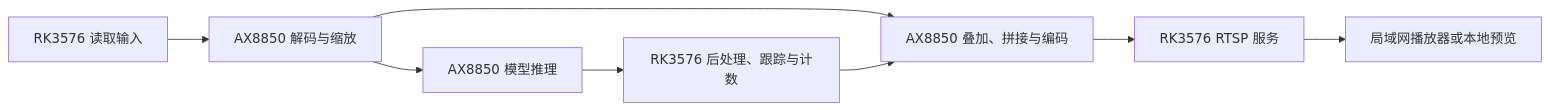
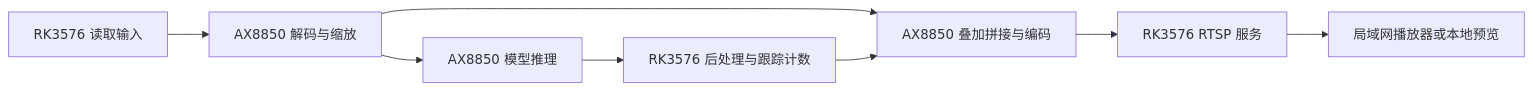
The diagram in docs/projects/six-streams.md (dshanpi/edgeaccel-docs), drawn with Mermaid before and after one commit. The commit also changed other lines of this file and 970 other files, not shown here.

````diff
--- a/docs/projects/six-streams.md
+++ b/docs/projects/six-streams.md
@@ -41,10 +51,10 @@
 ```mermaid
 flowchart LR
   A[RK3576 读取输入] --> B[AX8850 解码与缩放]
   B --> C[AX8850 模型推理]
-  C --> D[RK3576 后处理、跟踪与计数]
-  B --> E[AX8850 叠加、拼接与编码]
+  C --> D[RK3576 后处理与跟踪计数]
+  B --> E[AX8850 叠加拼接与编码]
   D --> E
   E --> F[RK3576 RTSP 服务]
   F --> G[局域网播放器或本地预览]
 ```
````
